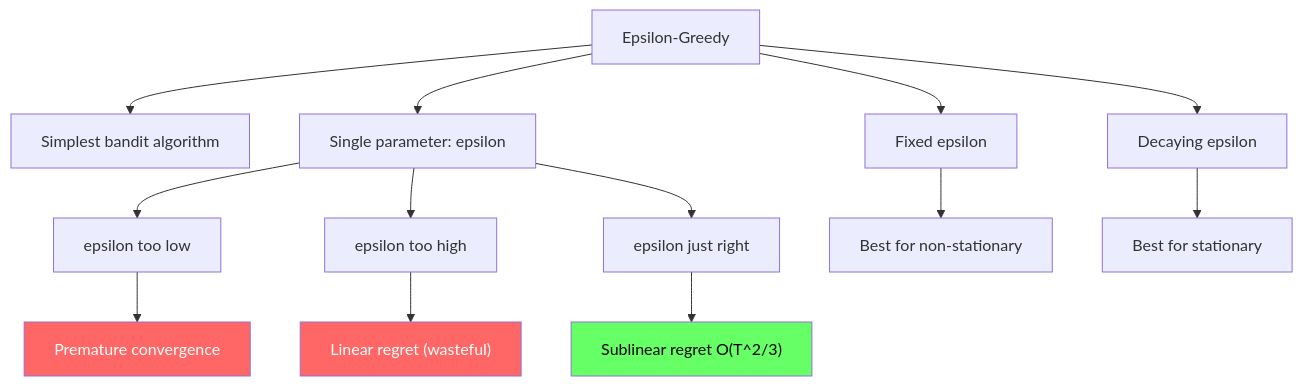
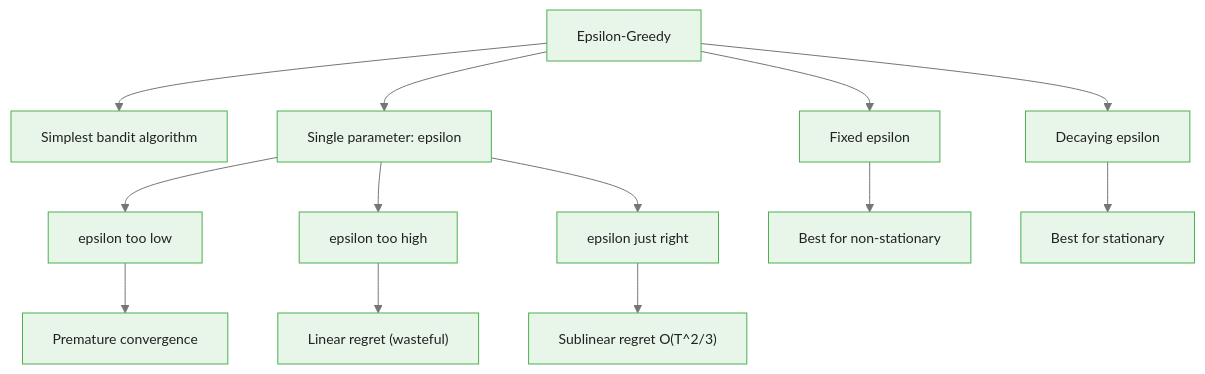
One commit to m-deane/course-creator changed the fourth of 4 diagrams in courses/multi-armed-bandits-ab-testing/modules/module_01_bandit_algorithms/guides/01_epsilon_greedy_slides.md. Above: the diagram before and after it, drawn with Mermaid. The commit also changed other lines of this file and 146 other files, not shown here.

````diff
--- a/courses/multi-armed-bandits-ab-testing/modules/module_01_bandit_algorithms/guides/01_epsilon_greedy_slides.md
+++ b/courses/multi-armed-bandits-ab-testing/modules/module_01_bandit_algorithms/guides/01_epsilon_greedy_slides.md
@@ -336,23 +379,20 @@
 ```mermaid
+%%{init: {"theme": "base", "themeVariables": {"primaryColor": "#e8f5e9", "primaryBorderColor": "#4caf50", "primaryTextColor": "#212121", "secondaryColor": "#e3f2fd", "tertiaryColor": "#fff8e1", "lineColor": "#757575", "fontFamily": "Inter, sans-serif", "fontSize": "14px"}}}%%
 flowchart TD
     EG["Epsilon-Greedy"] --> Simple["Simplest bandit algorithm"]
     EG --> Param["Single parameter: epsilon"]
 
     Param --> Low["epsilon too low"]
     Param --> High["epsilon too high"]
     Param --> Right["epsilon just right"]
 
     Low --> Stuck["Premature convergence"]
     High --> Waste["Linear regret (wasteful)"]
     Right --> Sub["Sublinear regret O(T^2/3)"]
 
     EG --> Fix["Fixed epsilon"]
     EG --> Decay["Decaying epsilon"]
 
     Fix --> NS["Best for non-stationary"]
     Decay --> Stat["Best for stationary"]
-
-    style Stuck fill:#f66,color:#fff
-    style Waste fill:#f66,color:#fff
-    style Sub fill:#6f6,color:#000
 ```
````
